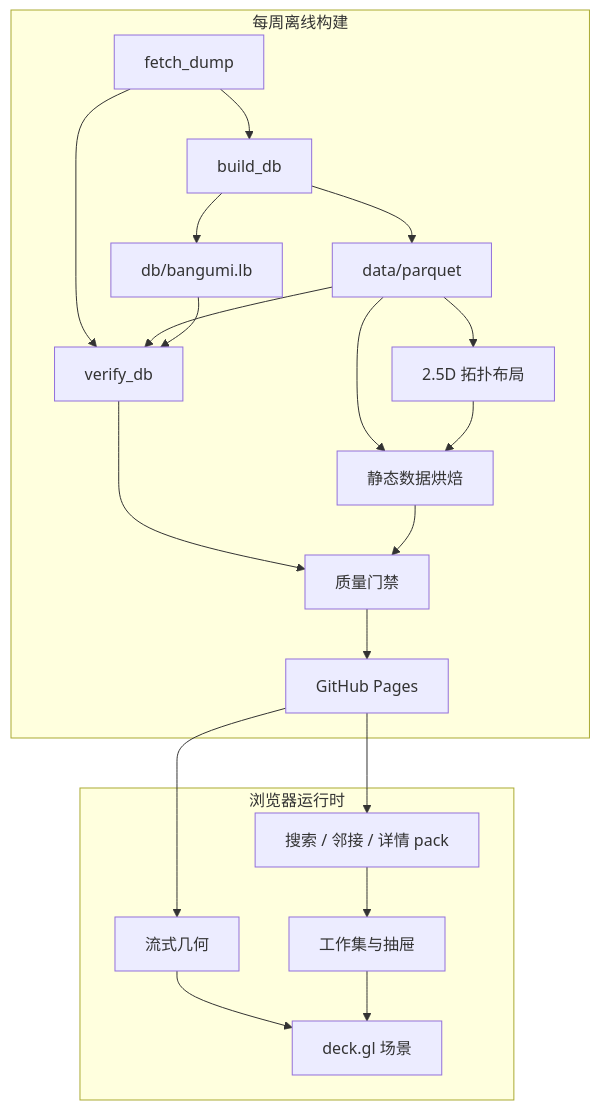
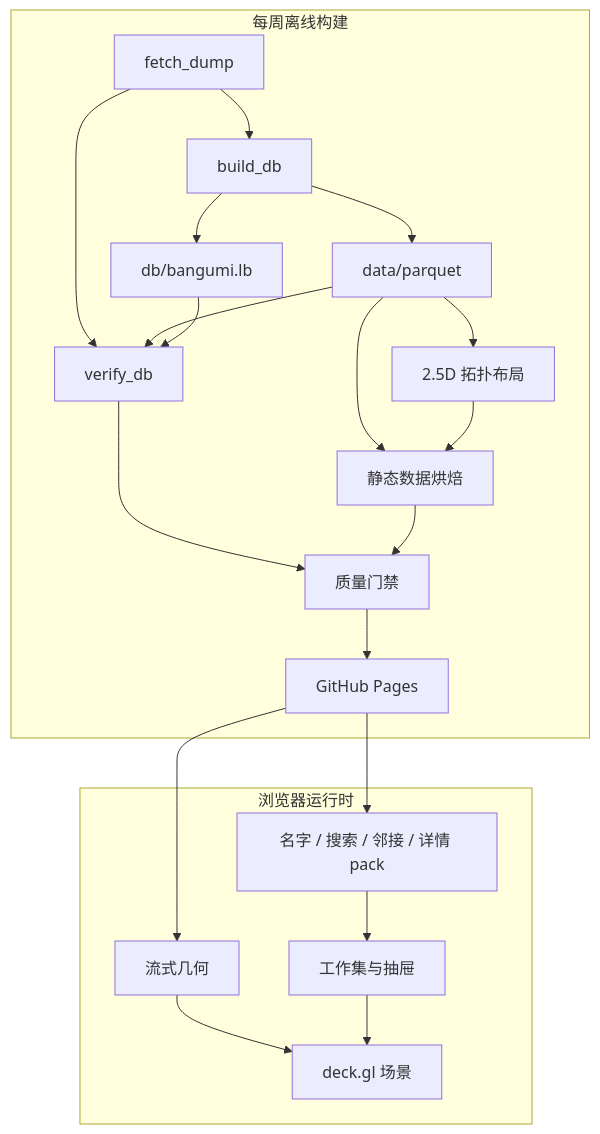
Before and after one commit to vauxe/bangumi-atlas: the diagram in docs/EXPLORER_ARCHITECTURE.md, drawn with Mermaid. The commit also changed other lines of this file and 9 other files, not shown here.

````diff
--- a/docs/EXPLORER_ARCHITECTURE.md
+++ b/docs/EXPLORER_ARCHITECTURE.md
@@ -27,26 +27,26 @@
 ```mermaid
 flowchart TB
     subgraph Weekly[每周离线构建]
         A[fetch_dump] --> B[build_db]
         B --> P[data/parquet]
         B --> C[db/bangumi.lb]
         A --> D[verify_db]
         P --> D
         C --> D
         P --> E[2.5D 拓扑布局]
         P --> F[静态数据烘焙]
         E --> F
         D --> Q[质量门禁]
         F --> Q
         Q --> G[GitHub Pages]
     end
 
     subgraph Browser[浏览器运行时]
         H[流式几何] --> I[deck.gl 场景]
-        J[搜索 / 邻接 / 详情 pack] --> K[工作集与抽屉]
+        J[名字 / 搜索 / 邻接 / 详情 pack] --> K[工作集与抽屉]
         K --> I
     end
 
     G --> H
     G --> J
 ```
````
